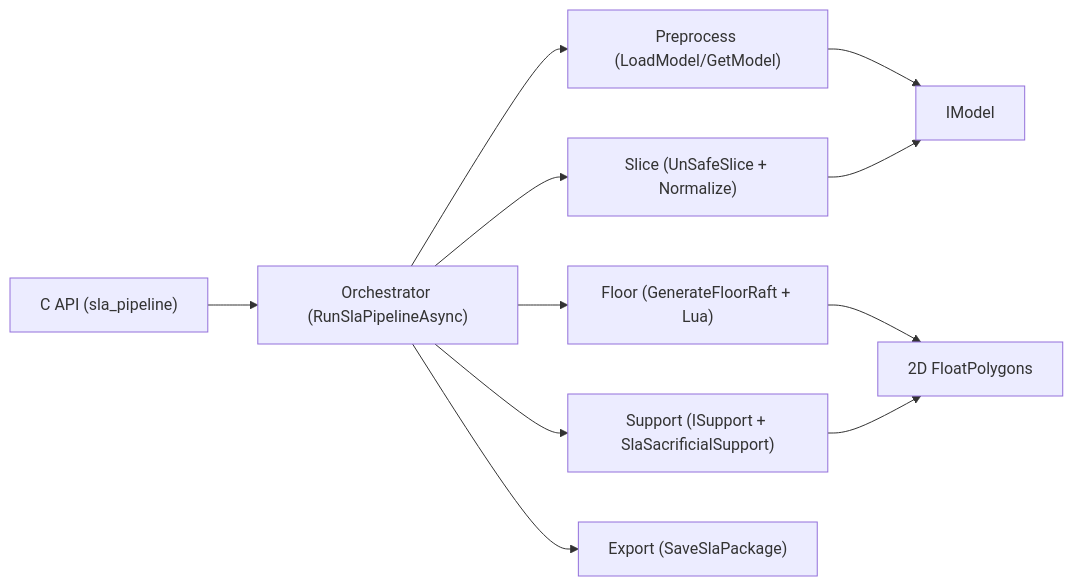
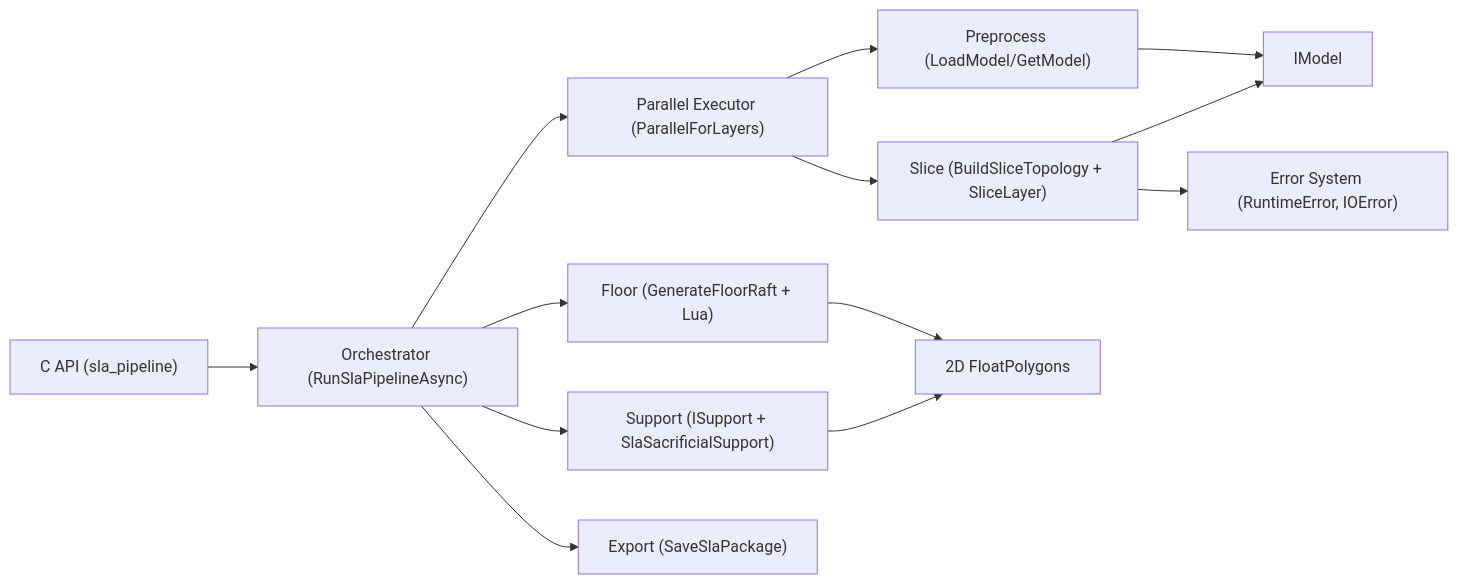
One commit to hsmbanlance/HsBaSlicer changed the tenth of 11 diagrams in .qoder/repowiki/en/content/Core Architecture/SLA Slicing Pipeline.md. Above: the diagram before and after it, drawn with Mermaid. The commit also changed other lines of this file and 20 other files, not shown here.

````diff
--- a/.qoder/repowiki/en/content/Core Architecture/SLA Slicing Pipeline.md
+++ b/.qoder/repowiki/en/content/Core Architecture/SLA Slicing Pipeline.md
@@ -367,13 +475,15 @@
 ```mermaid
 graph LR
 API["C API (sla_pipeline)"] --> ORCH["Orchestrator (RunSlaPipelineAsync)"]
-ORCH --> PREP["Preprocess (LoadModel/GetModel)"]
-ORCH --> SLICE["Slice (UnSafeSlice + Normalize)"]
+ORCH --> PARALLEL["Parallel Executor (ParallelForLayers)"]
+PARALLEL --> PREP["Preprocess (LoadModel/GetModel)"]
+PARALLEL --> SLICE["Slice (BuildSliceTopology + SliceLayer)"]
 ORCH --> FLOOR["Floor (GenerateFloorRaft + Lua)"]
 ORCH --> SUPP["Support (ISupport + SlaSacrificialSupport)"]
 ORCH --> EXPORT["Export (SaveSlaPackage)"]
 FLOOR --> GEO["2D FloatPolygons"]
 SUPP --> GEO
 PREP --> MODEL["IModel"]
 SLICE --> MODEL
+SLICE --> ERRORS["Error System (RuntimeError, IOError)"]
 ```
````
